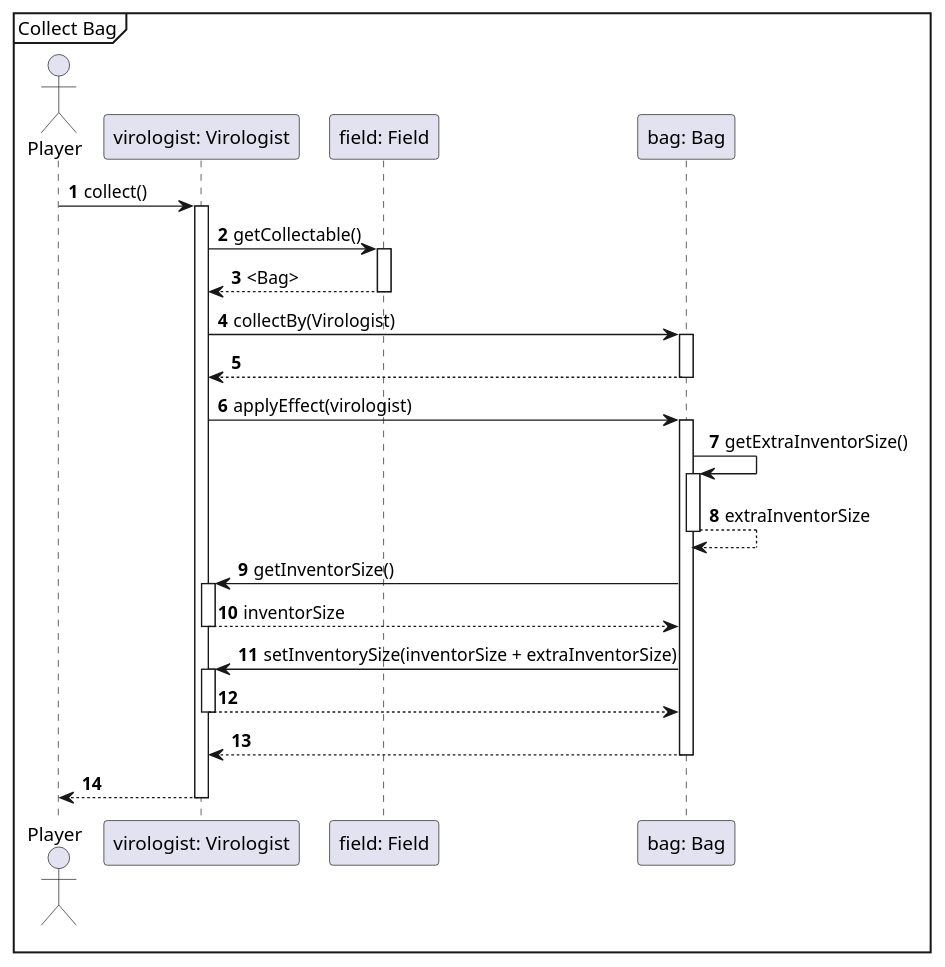
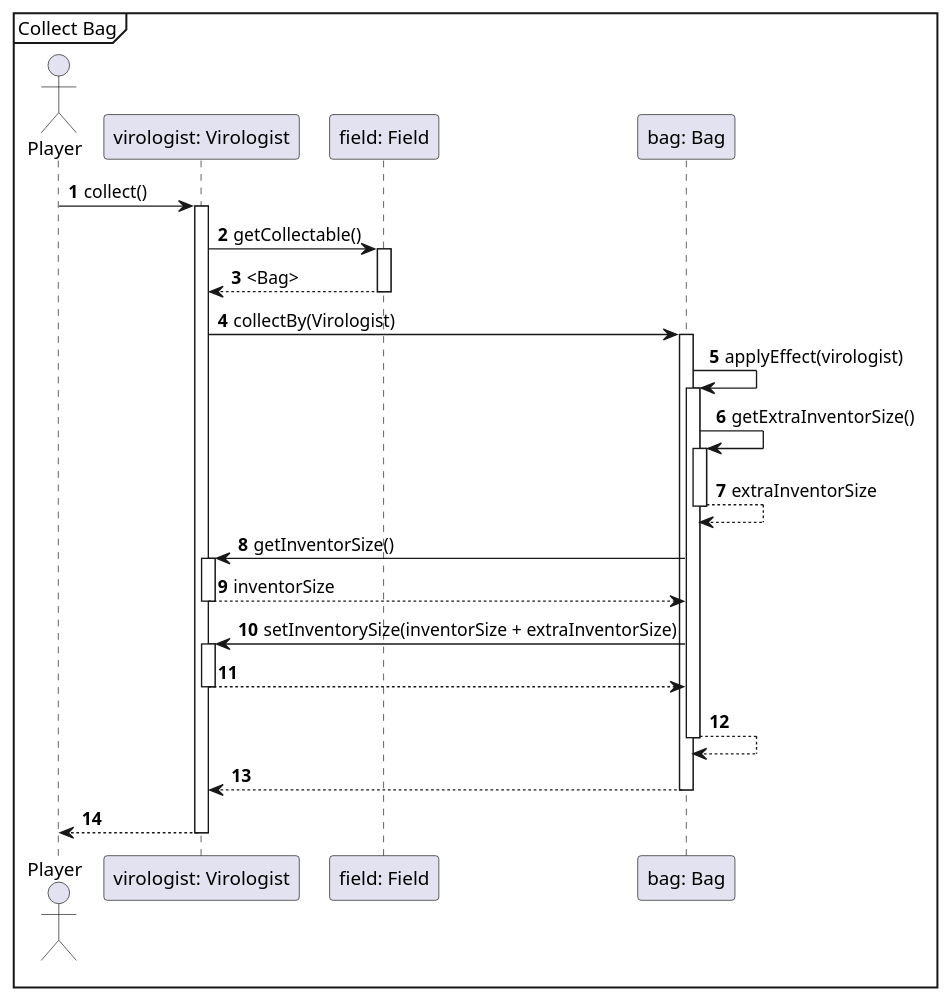
One commit to Projlab-csb/projlab-virologus changed the diagram in Exact Sequence-diagrams/CollectBag.puml. Above: the diagram before and after it, drawn with PlantUML. The commit also changed 17 other files, not shown here.

Commit message:
Little changes in sequences

```diff
--- a/Exact Sequence-diagrams/CollectBag.puml
+++ b/Exact Sequence-diagrams/CollectBag.puml
@@ -1,41 +1,46 @@
 @startuml
 'https://plantuml.com/sequence-diagram
 
 autonumber
 
 mainframe Collect Bag
 
 actor Player
 
 Player -> "virologist: Virologist": collect()
 Activate "virologist: Virologist"
 
 "virologist: Virologist" -> "field: Field": getCollectable()
 Activate "field: Field"
 "field: Field" --> "virologist: Virologist": <Bag>
 Deactivate "field: Field"
 
 "virologist: Virologist" -> "bag: Bag": collectBy(Virologist)
 Activate "bag: Bag"
-"bag: Bag" --> "virologist: Virologist":
-Deactivate "bag: Bag"
 
-"virologist: Virologist" -> "bag: Bag"++ : applyEffect(virologist)
+
+"bag: Bag" -> "bag: Bag"++ : applyEffect(virologist)
 
 'Itt miért kéri le magától a méretét?
 "bag: Bag" -> "bag: Bag"++ : getExtraInventorSize()
 "bag: Bag" --> "bag: Bag"-- : extraInventorSize
 
 "bag: Bag" -> "virologist: Virologist"++ : getInventorSize()
 "virologist: Virologist" --> "bag: Bag"-- : inventorSize
 
 "bag: Bag" -> "virologist: Virologist"++ : setInventorySize(inventorSize + extraInventorSize)
 "virologist: Virologist" --> "bag: Bag"--
 
+"bag: Bag" --> "bag: Bag"--:
+
 "bag: Bag" --> "virologist: Virologist"--
+
+
+Deactivate "bag: Bag"
+
 
 
 "virologist: Virologist" --> Player
 Deactivate "virologist: Virologist"
 
 @enduml
```
